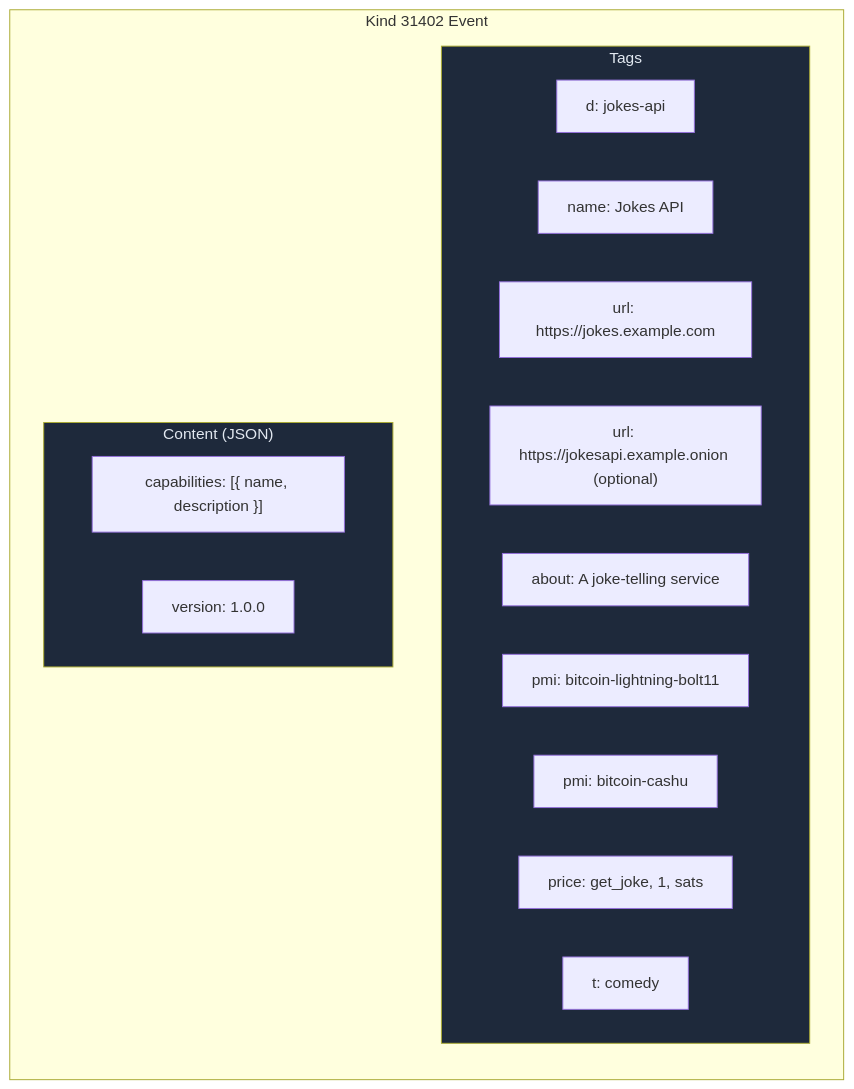
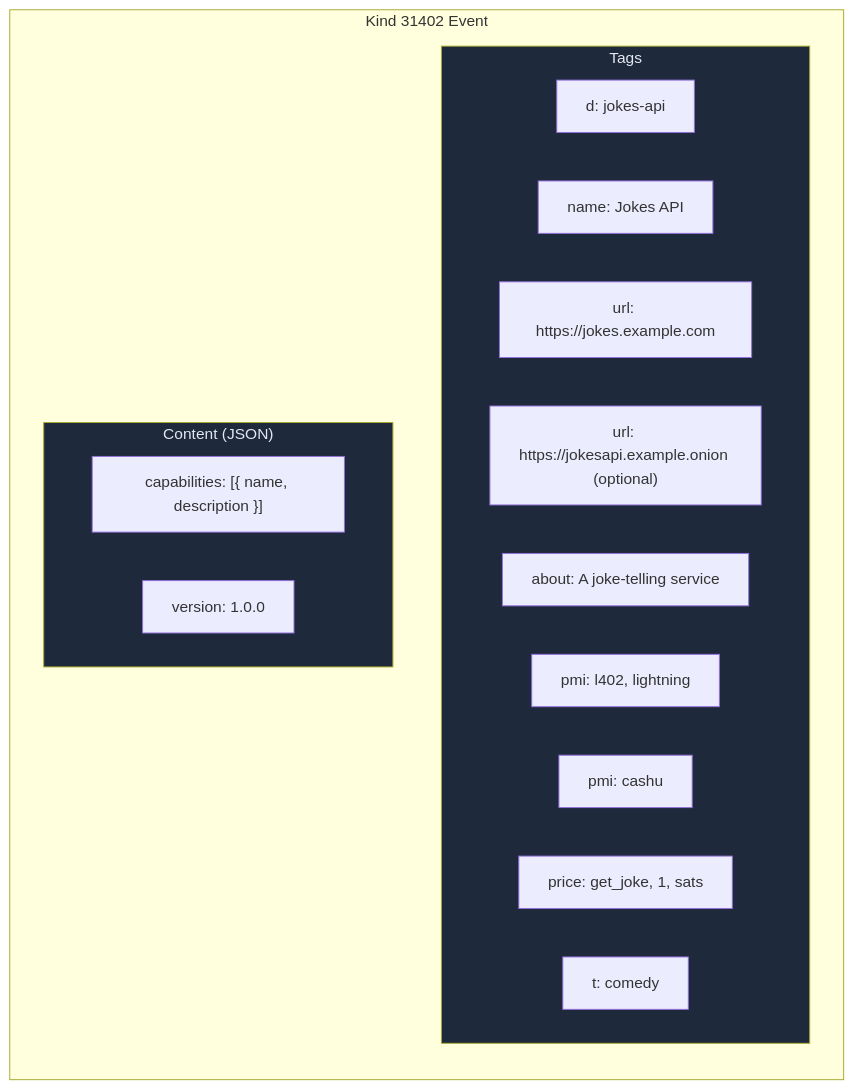
Before and after one commit to forgesworn/402-announce: the fourth of 4 diagrams in README.md, drawn with Mermaid. The commit also changed other lines of this file and 3 other files, not shown here.

````diff
--- a/README.md
+++ b/README.md
@@ -193,24 +193,24 @@
 ```mermaid
 graph TB
     subgraph "Kind 31402 Event"
         direction TB
         subgraph Tags
             D["d: jokes-api"]
             N["name: Jokes API"]
             U1["url: https://jokes.example.com"]
             U2["url: https://jokesapi.example.onion (optional)"]
             AB["about: A joke-telling service"]
-            PMI1["pmi: bitcoin-lightning-bolt11"]
-            PMI2["pmi: bitcoin-cashu"]
+            PMI1["pmi: l402, lightning"]
+            PMI2["pmi: cashu"]
             P["price: get_joke, 1, sats"]
             T["t: comedy"]
         end
         subgraph Content["Content (JSON)"]
             CAP["capabilities: [{ name, description }]"]
             VER["version: 1.0.0"]
         end
     end
 
     style Tags fill:#1e293b,color:#e2e8f0
     style Content fill:#1e293b,color:#e2e8f0
 ```
````
